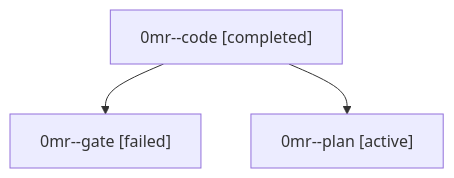
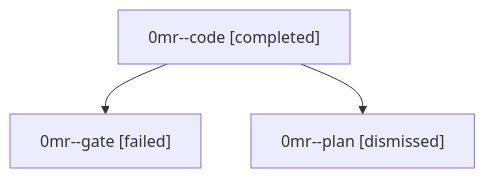
Before and after one commit to sase-org/sase--agents: the diagram in sessions/bbugyi200.athena.0mr.md, drawn with Mermaid. The commit also changed other lines of this file and 36 other files, not shown here.

````diff
--- a/sessions/bbugyi200.athena.0mr.md
+++ b/sessions/bbugyi200.athena.0mr.md
@@ -9,8 +9,8 @@
 ```mermaid
 flowchart TD
   n0["0mr--code [completed]"]
   n1["0mr--gate [failed]"]
   n0 --> n1
-  n2["0mr--plan [active]"]
+  n2["0mr--plan [dismissed]"]
   n0 --> n2
 ```
````
